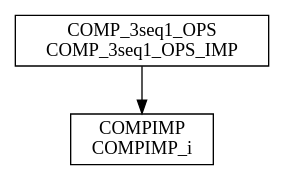
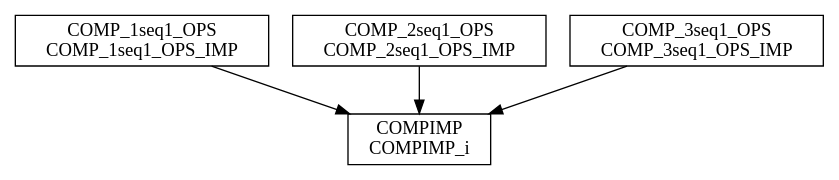
The diagram in ExemplosB0Modificados/bdp/ExemplosB0Modificados.dot (ValerioMedeiros/BTestBox), drawn with Graphviz before and after one commit. The commit also changed 26 other files, not shown here.

```diff
--- a/ExemplosB0Modificados/bdp/ExemplosB0Modificados.dot
+++ b/ExemplosB0Modificados/bdp/ExemplosB0Modificados.dot
@@ -1,6 +1,10 @@
 digraph {
 COMPIMP_i [ label=" COMPIMP\nCOMPIMP_i " shape= box ]
+COMP_1seq1_OPS_IMP [ label=" COMP_1seq1_OPS\nCOMP_1seq1_OPS_IMP " shape= box ]
+COMP_2seq1_OPS_IMP [ label=" COMP_2seq1_OPS\nCOMP_2seq1_OPS_IMP " shape= box ]
 COMP_3seq1_OPS_IMP [ label=" COMP_3seq1_OPS\nCOMP_3seq1_OPS_IMP " shape= box ]
 
+"COMP_1seq1_OPS_IMP" -> "COMPIMP_i" []
+"COMP_2seq1_OPS_IMP" -> "COMPIMP_i" []
 "COMP_3seq1_OPS_IMP" -> "COMPIMP_i" []
 }
```
